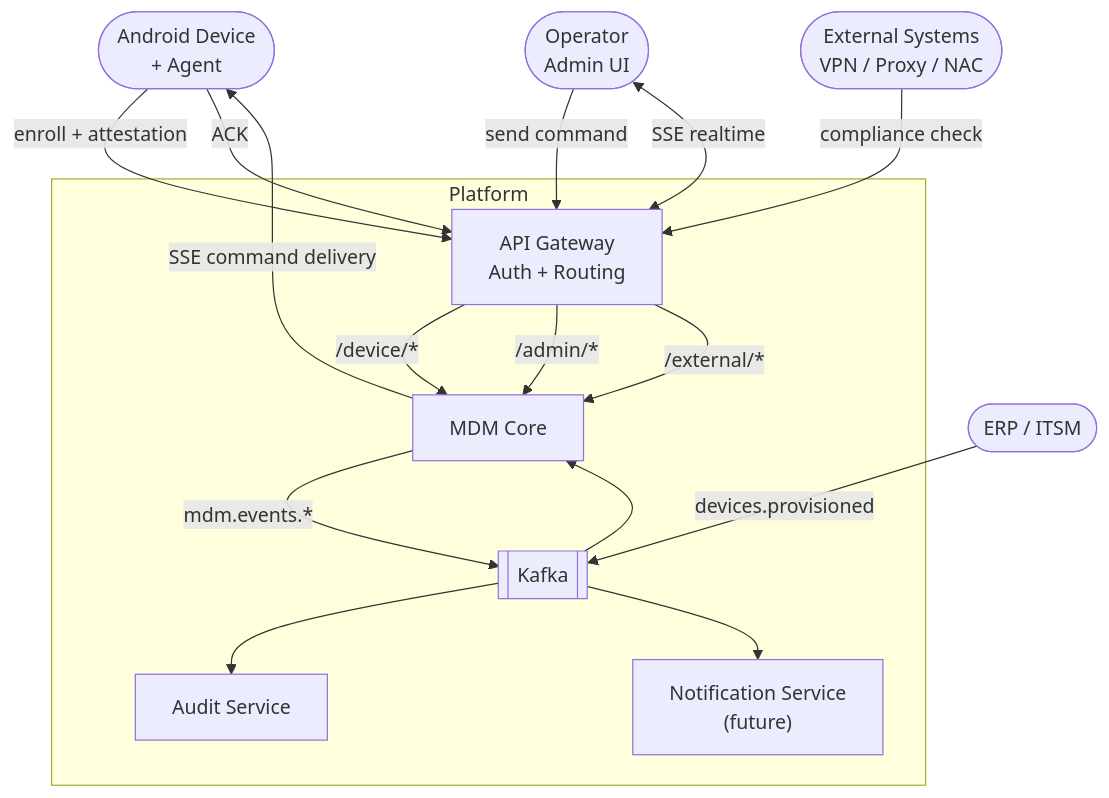
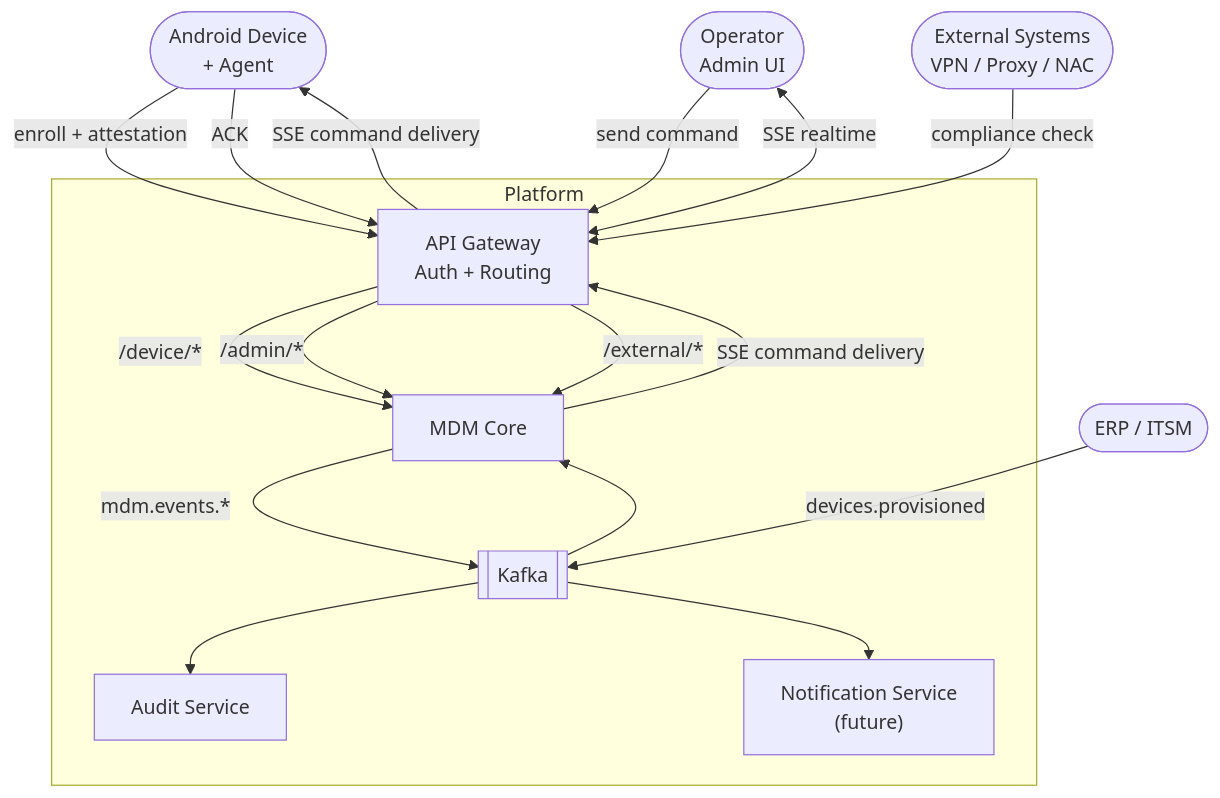
One commit to SashaFlake/monorepo changed the first of 2 diagrams in docs/architecture.md. Above: the diagram before and after it, drawn with Mermaid. The commit also changed other lines of this file, not shown here.

Commit message:
architecture.md

````diff
--- a/docs/architecture.md
+++ b/docs/architecture.md
@@ -18,40 +18,41 @@
 ```mermaid
 flowchart TD
     Device(["Android Device\n+ Agent"])
     Operator(["Operator\nAdmin UI"])
     ExtSys(["External Systems\nVPN / Proxy / NAC"])
     ExtERP(["ERP / ITSM"])
 
     subgraph Platform
         GW["API Gateway\nAuth + Routing"]
         Core["MDM Core"]
         Audit["Audit Service"]
         Notification["Notification Service\n(future)"]
         Bus[["Kafka"]]
     end
 
     %% Enrollment
     Device -->|"enroll + attestation"| GW
     GW -->|"/device/*"| Core
 
     %% Command delivery
     Operator -->|"send command"| GW
     GW -->|"/admin/*"| Core
-    Core -->|"SSE command delivery"| Device
+    Core -->|"SSE command delivery"| GW
+    GW -->|"SSE command delivery"| Device
     Device -->|"ACK"| GW
 
     %% External trust check
     ExtSys -->|"compliance check"| GW
     GW -->|"/external/*"| Core
 
     %% Async provisioning
     ExtERP -->|"devices.provisioned"| Bus
     Bus --> Core
 
     %% Events
     Core -->|"mdm.events.*"| Bus
     Bus --> Audit
     Bus --> Notification
 
     Operator <-->|"SSE realtime"| GW
 ```
````
